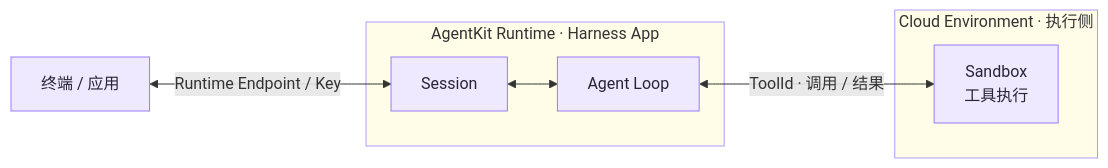
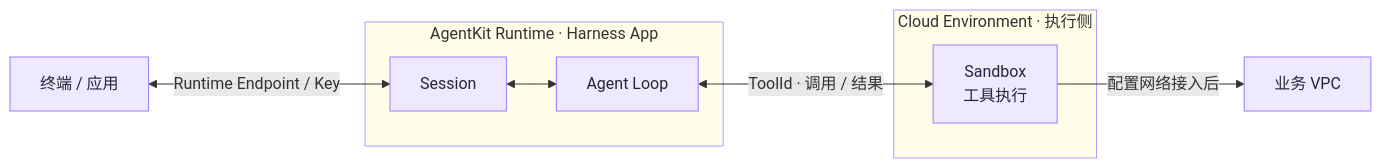
One commit to bytedance/agentkit-samples changed the first of 3 diagrams in python/01-tutorials/08-agentkit-infra/agent_infra/README.md. Above: the diagram before and after it, drawn with Mermaid. The commit also changed other lines of this file and 2 other files, not shown here.

````diff
--- a/python/01-tutorials/08-agentkit-infra/agent_infra/README.md
+++ b/python/01-tutorials/08-agentkit-infra/agent_infra/README.md
@@ -19,15 +19,16 @@
 ```mermaid
 flowchart LR
     U["终端 / 应用"] <-->|"Runtime Endpoint / Key"| S
     subgraph APP["AgentKit Runtime · Harness App"]
         S["Session"] <--> L["Agent Loop"]
     end
     subgraph CLOUD["Cloud Environment · 执行侧"]
         B["Sandbox<br/>工具执行"]
     end
     L <-->|"ToolId · 调用 / 结果"| B
+    B -->|"配置网络接入后"| V["业务 VPC"]
     classDef node fill:#eee9ff,stroke:#9b7bff,color:#292535
-    class U,S,L,B node
+    class U,S,L,B,V node
     style APP fill:#fffde7,stroke:#b49aff
     style CLOUD fill:#fffde7,stroke:#b49aff
 ```
````
